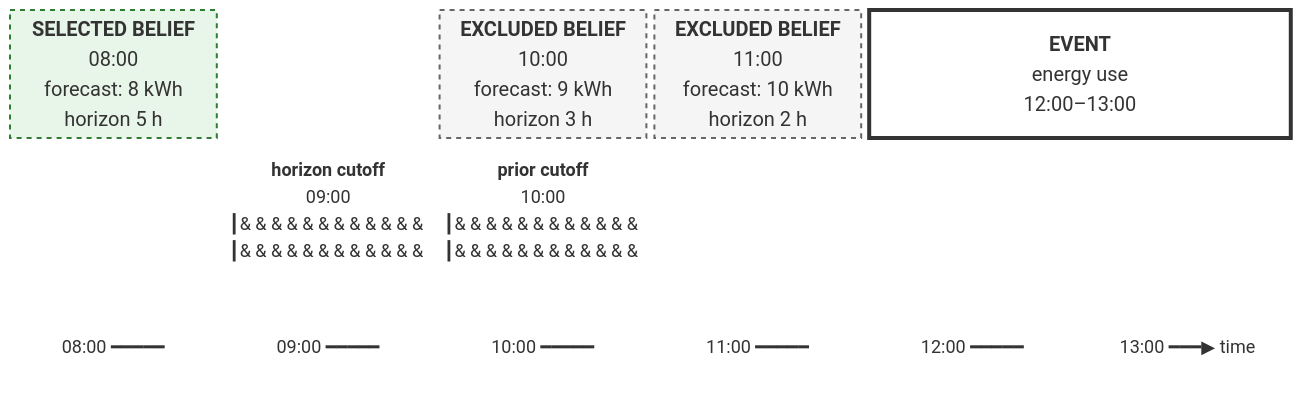
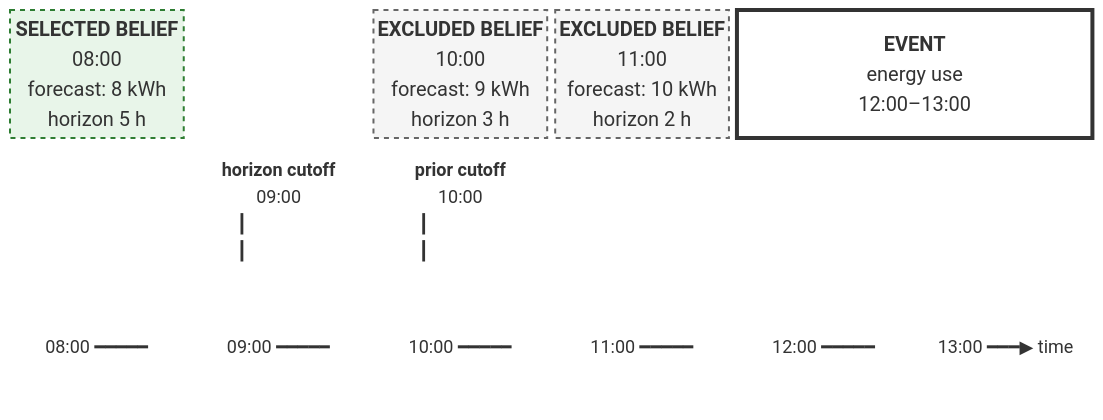
One commit to FlexMeasures/flexmeasures changed the second of 2 diagrams in documentation/concepts/time-series-and-beliefs.rst. Above: the diagram before and after it, drawn with Mermaid (forest theme).

Commit message:
docs: fix belief cutoff rendering

```diff
--- a/documentation/concepts/time-series-and-beliefs.rst
+++ b/documentation/concepts/time-series-and-beliefs.rst
@@ -146,19 +146,19 @@
 .. mermaid::
 
    block-beta
        columns 6
        B08["<b>SELECTED BELIEF</b><br/>08:00<br/>forecast: 8 kWh<br/>horizon 5 h"] space B10["<b>EXCLUDED BELIEF</b><br/>10:00<br/>forecast: 9 kWh<br/>horizon 3 h"] B11["<b>EXCLUDED BELIEF</b><br/>11:00<br/>forecast: 10 kWh<br/>horizon 2 h"] E["<b>EVENT</b><br/>energy use<br/>12:00–13:00"]:2
        %% Padding shifts the strokes from cell centres to the timeline ticks.
-       space HCUT["<b>horizon cutoff</b><br/>09:00<br/>┃&#160;&#160;&#160;&#160;&#160;&#160;&#160;&#160;&#160;&#160;&#160;&#160;<br/>┃&#160;&#160;&#160;&#160;&#160;&#160;&#160;&#160;&#160;&#160;&#160;&#160;"] PCUT["<b>prior cutoff</b><br/>10:00<br/>┃&#160;&#160;&#160;&#160;&#160;&#160;&#160;&#160;&#160;&#160;&#160;&#160;<br/>┃&#160;&#160;&#160;&#160;&#160;&#160;&#160;&#160;&#160;&#160;&#160;&#160;"] space:3
+       space HCUT["<b>horizon cutoff</b><br/>09:00<br/>┃    <br/>┃    "] PCUT["<b>prior cutoff</b><br/>10:00<br/>┃    <br/>┃    "] space:3
        T08["08:00 ━━━━━"] T09["09:00 ━━━━━"] T10["10:00 ━━━━━"] T11["11:00 ━━━━━"] T12["12:00 ━━━━━"] T13["13:00 ━━━▶ time"]
 
        classDef excludedBelief fill:#f5f5f5,stroke:#666,stroke-width:2px,stroke-dasharray:5 5,font-size:20px
        classDef selectedBelief fill:#e8f5e9,stroke:#2e7d32,stroke-width:2px,stroke-dasharray:5 5,font-size:20px
        classDef event fill:#fff,stroke:#333,stroke-width:4px,font-size:20px
        classDef cutoff fill:transparent,stroke:transparent,font-size:18px
        classDef tick fill:transparent,stroke:transparent,font-size:18px
        class B10,B11 excludedBelief
        class B08 selectedBelief
        class E event
        class HCUT,PCUT cutoff
        class T08,T09,T10,T11,T12,T13 tick
```
